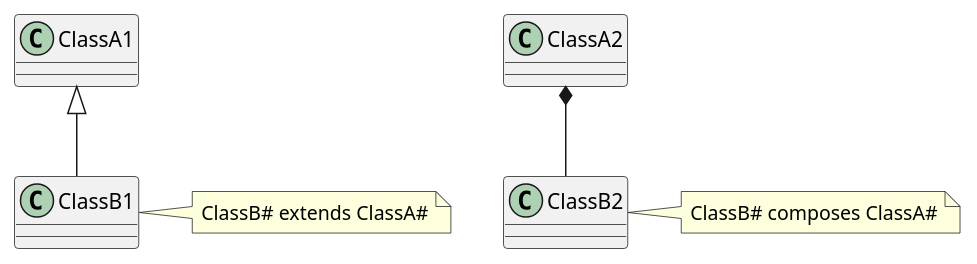
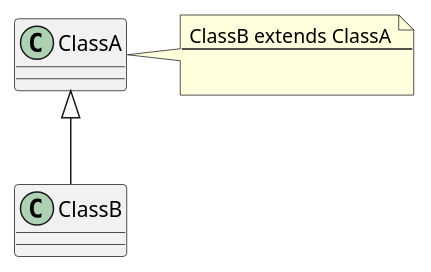
Before and after one commit to MichaelHabib/notebook: the fourth of 8 diagrams in _drafts/_information-technology/programming_plantuml_plantuml-guide-using-asciidoc.adoc, drawn with PlantUML. The commit also changed other lines of this file, not shown here.

```diff
--- a/_drafts/_information-technology/programming_plantuml_plantuml-guide-using-asciidoc.adoc
+++ b/_drafts/_information-technology/programming_plantuml_plantuml-guide-using-asciidoc.adoc
@@ -8,8 +64,9 @@
-[plantuml,x,png]
+[plantuml,x,svg]
 ----
-ClassA1 <|-- ClassB1
-	note right: ClassB# extends ClassA#
+ClassA <|-- ClassB
+note right of ClassA
+  ClassB extends ClassA
+  ---
 
-ClassA2 *-- ClassB2
-	note right: ClassB# composes ClassA#
+end note
 ----
```
